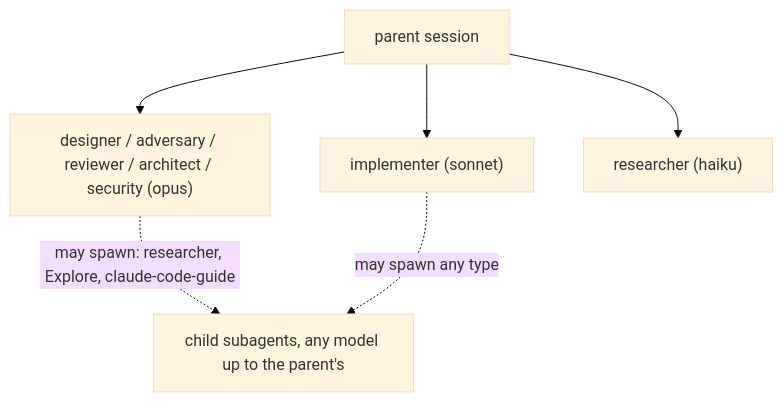
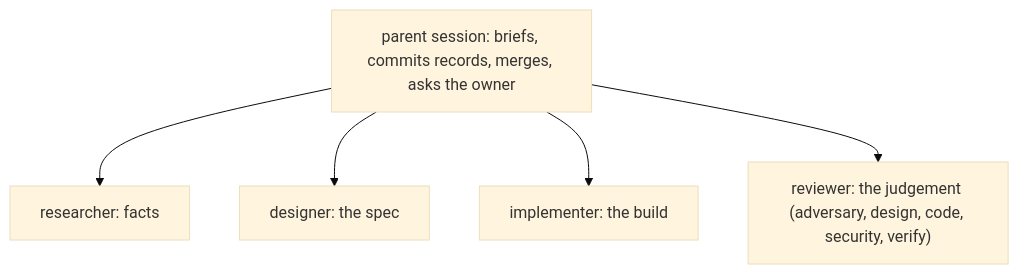
The diagram in agents/README.md (sibulus13/claudence), drawn with Mermaid (base theme) before and after one commit. The commit also changed other lines of this file and 17 other files, not shown here.

````diff
--- a/agents/README.md
+++ b/agents/README.md
@@ -3,8 +3,7 @@
 ```mermaid
 flowchart TD
-  P["parent session"] --> D["designer / adversary / reviewer / architect / security (opus)"]
-  P --> I["implementer (sonnet)"]
-  P --> R["researcher (haiku)"]
-  D -. "may spawn: researcher, Explore, claude-code-guide" .-> C["child subagents, any model up to the parent's"]
-  I -. "may spawn any type" .-> C
+  P["parent session: briefs, commits records, merges, asks the owner"] --> R["researcher: facts"]
+  P --> D["designer: the spec"]
+  P --> I["implementer: the build"]
+  P --> V["reviewer: the judgement (adversary, design, code, security, verify)"]
 ```
````
